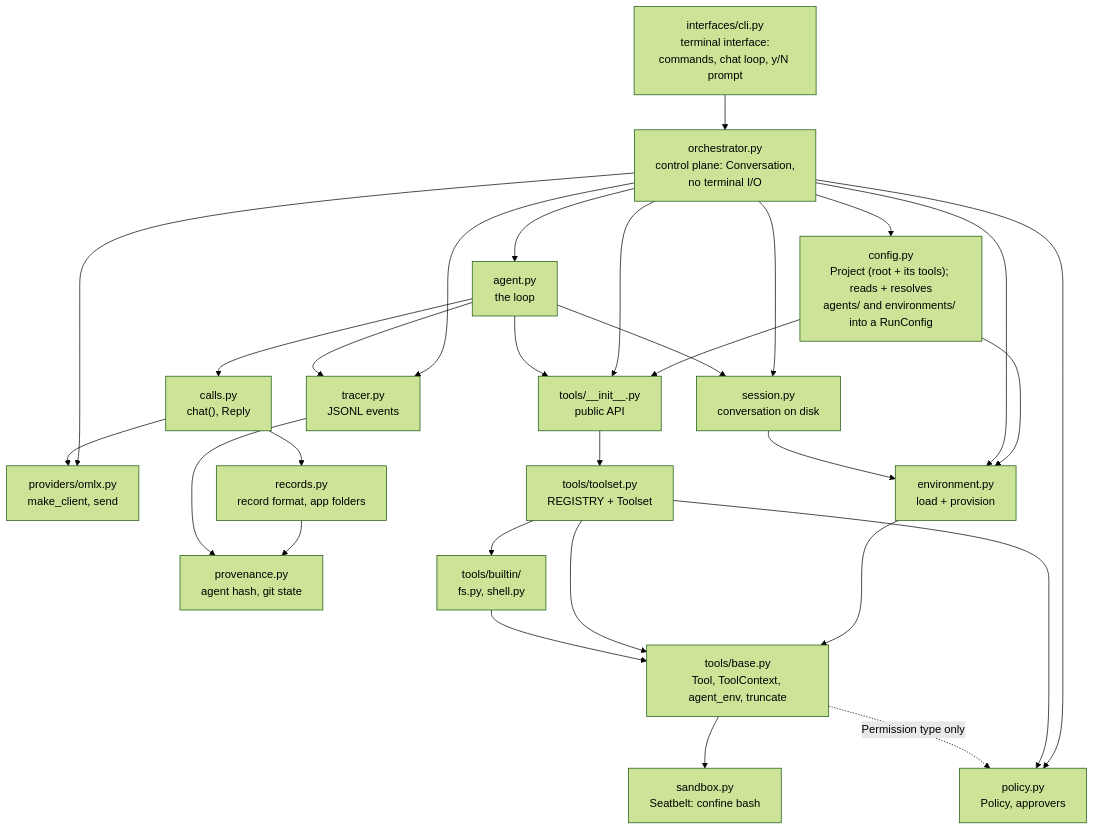
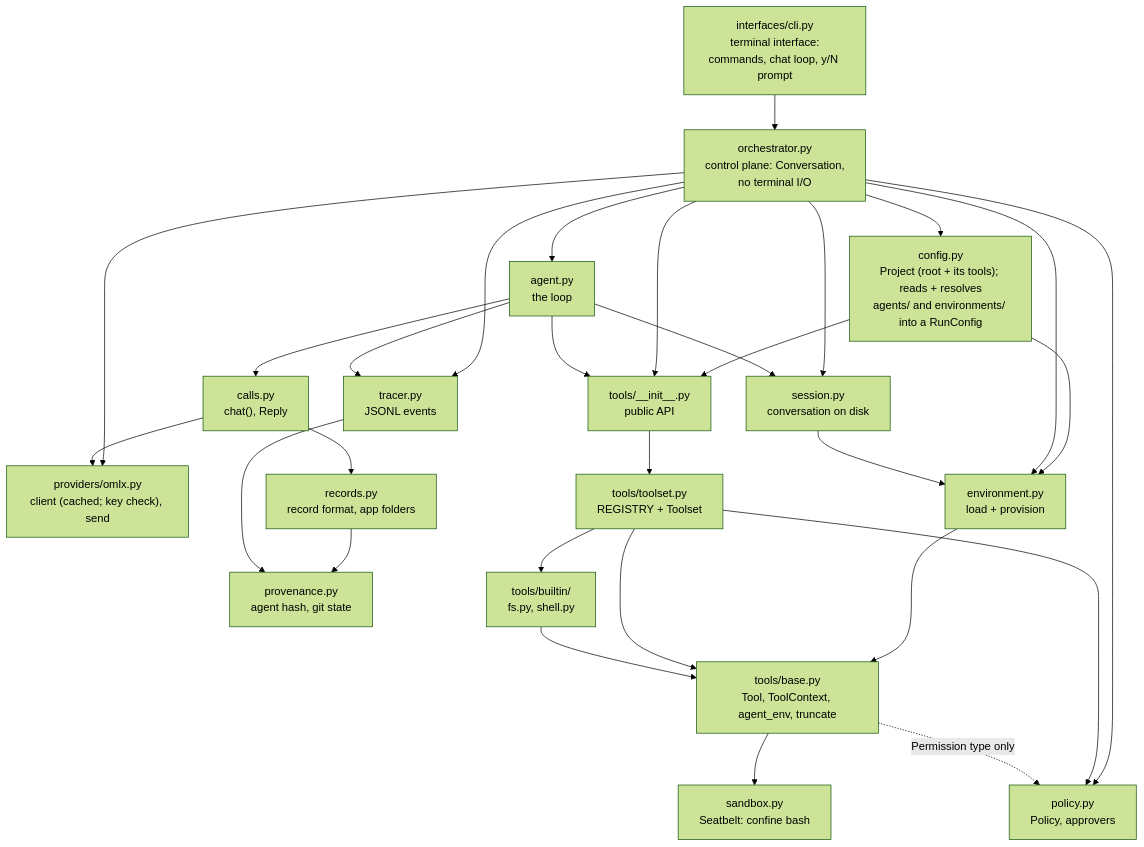
One commit to adgnvtefc/orchestra changed the fifth of 5 diagrams in visual_representation.md. Above: the diagram before and after it, drawn with Mermaid (forest theme). The commit also changed other lines of this file and 13 other files, not shown here.

````diff
--- a/visual_representation.md
+++ b/visual_representation.md
@@ -439,31 +438,31 @@
 ```mermaid
 flowchart TD
     climod["interfaces/cli.py<br/>terminal interface:<br/>commands, chat loop, y/N prompt"] --> orch
     orch["orchestrator.py<br/>control plane: Conversation,<br/>no terminal I/O"] --> agent["agent.py<br/>the loop"]
     orch --> loader["config.py<br/>Project (root + its tools); reads + resolves<br/>agents/ and environments/ into a RunConfig"]
-    orch --> providers["providers/omlx.py<br/>make_client, send"]
+    orch --> providers["providers/omlx.py<br/>client (cached; key check), send"]
     base --> sandboxmod["sandbox.py<br/>Seatbelt: confine bash"]
     agent --> calls
     loader --> envmod
     loader --> tools_api
     orch --> sessionmod["session.py<br/>conversation on disk"]
     orch --> envmod["environment.py<br/>load + provision"]
     envmod --> base
     agent --> sessionmod
     sessionmod --> envmod
     orch --> policy["policy.py<br/>Policy, approvers"]
     orch --> tools_api["tools/__init__.py<br/>public API"]
     orch --> tracer["tracer.py<br/>JSONL events"]
     agent --> tracer
     calls["calls.py<br/>chat(), Reply"] --> records["records.py<br/>record format, app folders"]
     calls --> providers
     records --> prov
     tracer --> prov["provenance.py<br/>agent hash, git state"]
     agent --> tools_api
     tools_api --> toolset["tools/toolset.py<br/>REGISTRY + Toolset"]
     toolset --> policy
     toolset --> builtin["tools/builtin/<br/>fs.py, shell.py"]
     toolset --> base["tools/base.py<br/>Tool, ToolContext, agent_env, truncate"]
     builtin --> base
     base -.->|"Permission type only"| policy
 ```
````
